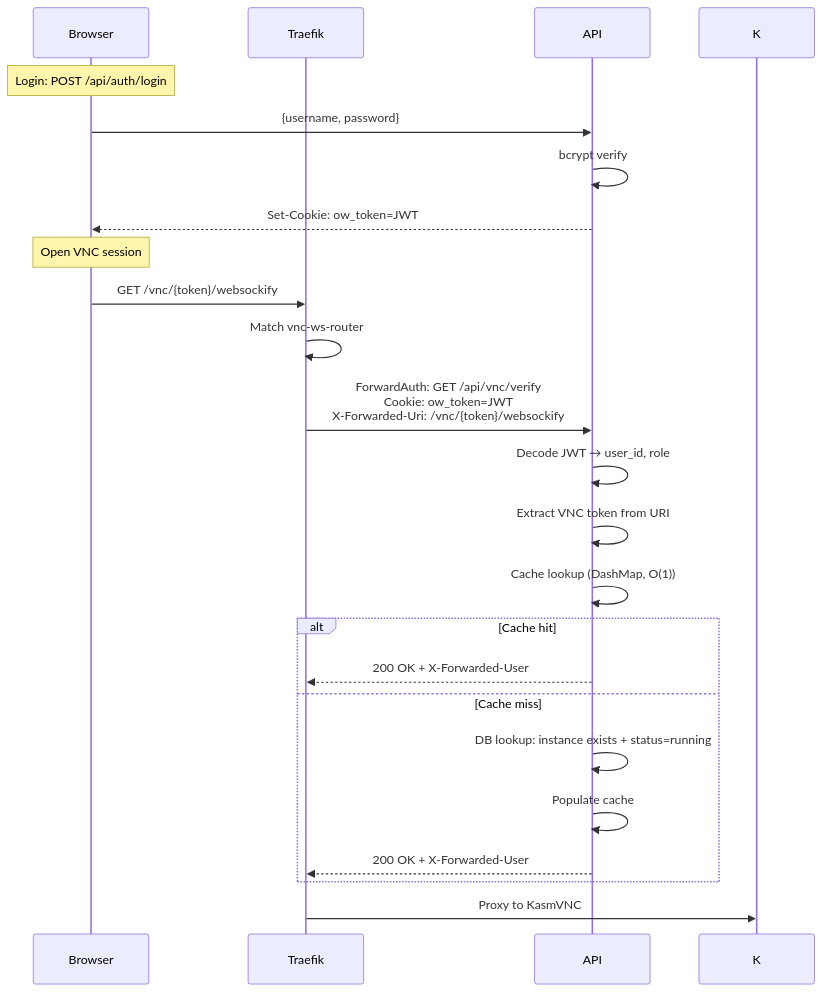
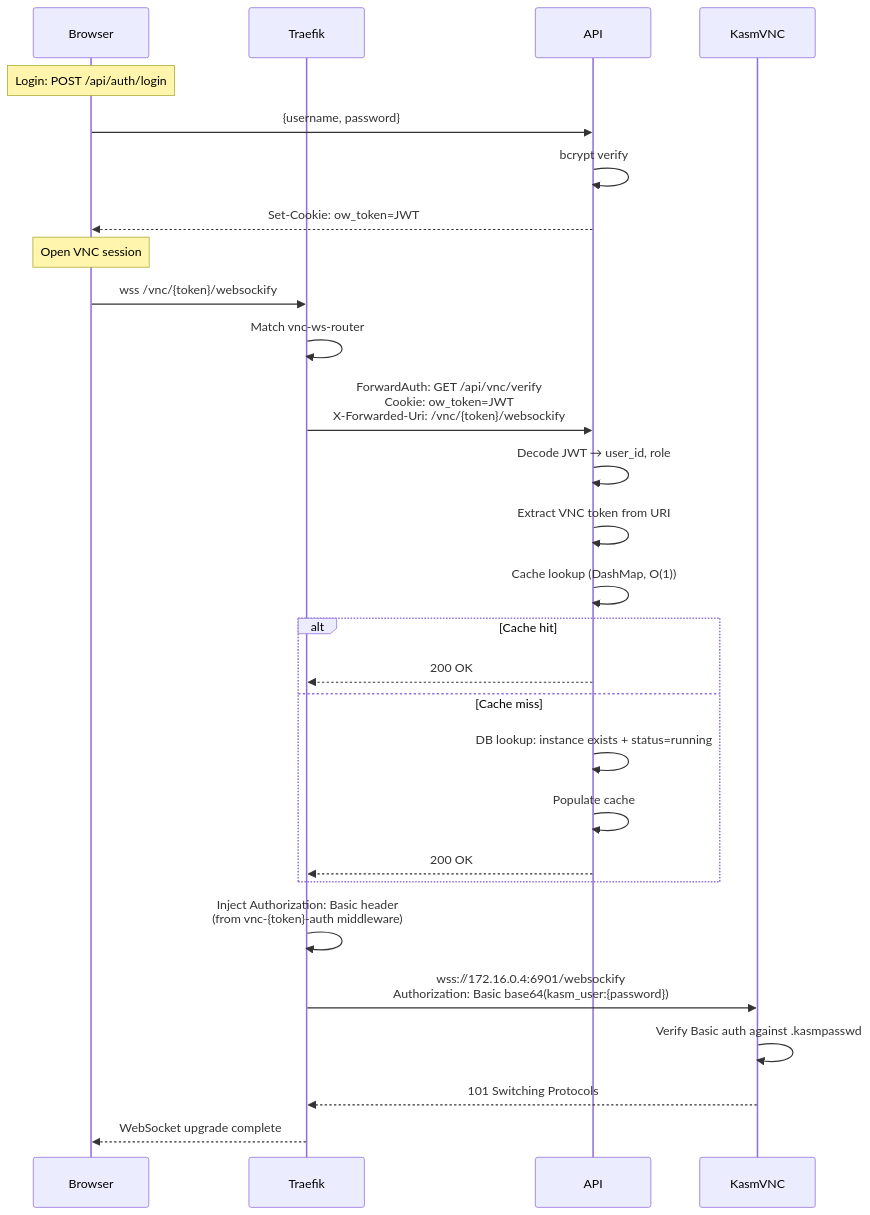
One commit to TsukiSama9292/OpenWorkspace-Engine changed the fourth of 7 diagrams in docs/architecture.md. Above: the diagram before and after it, drawn with Mermaid. The commit also changed other lines of this file and 6 other files, not shown here.

````diff
--- a/docs/architecture.md
+++ b/docs/architecture.md
@@ -160,27 +152,32 @@
 ```mermaid
 sequenceDiagram
     participant U as Browser
     participant T as Traefik
     participant A as API
+    participant K as KasmVNC
 
     Note over U: Login: POST /api/auth/login
     U->>A: {username, password}
     A->>A: bcrypt verify
     A-->>U: Set-Cookie: ow_token=JWT
 
     Note over U: Open VNC session
-    U->>T: GET /vnc/{token}/websockify
+    U->>T: wss /vnc/{token}/websockify
     T->>T: Match vnc-ws-router
     T->>A: ForwardAuth: GET /api/vnc/verify<br/>Cookie: ow_token=JWT<br/>X-Forwarded-Uri: /vnc/{token}/websockify
     A->>A: Decode JWT → user_id, role
     A->>A: Extract VNC token from URI
     A->>A: Cache lookup (DashMap, O(1))
     alt Cache hit
-        A-->>T: 200 OK + X-Forwarded-User
+        A-->>T: 200 OK
     else Cache miss
         A->>A: DB lookup: instance exists + status=running
         A->>A: Populate cache
-        A-->>T: 200 OK + X-Forwarded-User
+        A-->>T: 200 OK
     end
-    T->>K: Proxy to KasmVNC
+    T->>T: Inject Authorization: Basic header<br/>(from vnc-{token}-auth middleware)
+    T->>K: wss://172.16.0.4:6901/websockify<br/>Authorization: Basic base64(kasm_user:{password})
+    K->>K: Verify Basic auth against .kasmpasswd
+    K-->>T: 101 Switching Protocols
+    T-->>U: WebSocket upgrade complete
 ```
````
